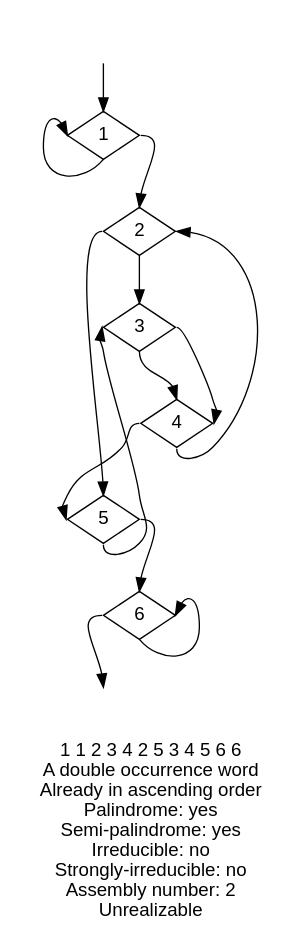
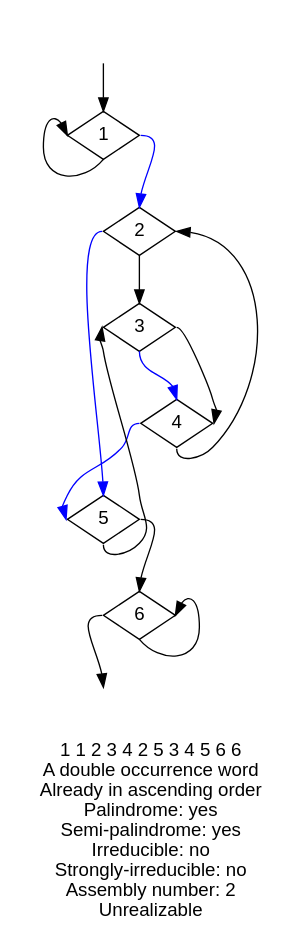
The diagram in data/semi_palindrome_len_6_an_2.dot (didedoshka/double_occurrence_words), drawn with Graphviz before and after one commit. The commit also changed 21 other files, not shown here.

```diff
--- a/data/semi_palindrome_len_6_an_2.dot
+++ b/data/semi_palindrome_len_6_an_2.dot
@@ -1,21 +1,21 @@
 digraph {
 fontname="Helvetica"
 node [fontname="Helvetica"]
 node [shape=diamond]
 label="1 1 2 3 4 2 5 3 4 5 6 6 \nA double occurrence word\nAlready in ascending order\nPalindrome: yes\nSemi-palindrome: yes\nIrreducible: no\nStrongly-irreducible: no\nAssembly number: 2\nUnrealizable\n"
 a [style="invis"]
 b [style="invis"]
 a:s -> 1:n
 1:s -> 1:w
-1:e -> 2:n
+1:e -> 2:n [color="blue"]
 2:s -> 3:n
-3:s -> 4:n
+3:s -> 4:n [color="blue"]
 4:s -> 2:e
-2:w -> 5:n
+2:w -> 5:n [color="blue"]
 5:s -> 3:w
 3:e -> 4:e
-4:w -> 5:w
+4:w -> 5:w [color="blue"]
 5:e -> 6:n
 6:s -> 6:e
 6:w -> b:n
 }
```
